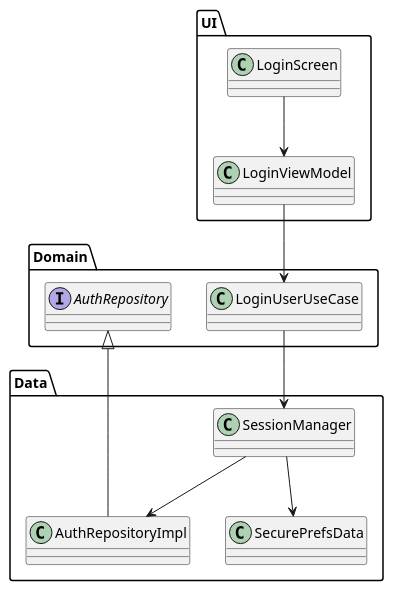
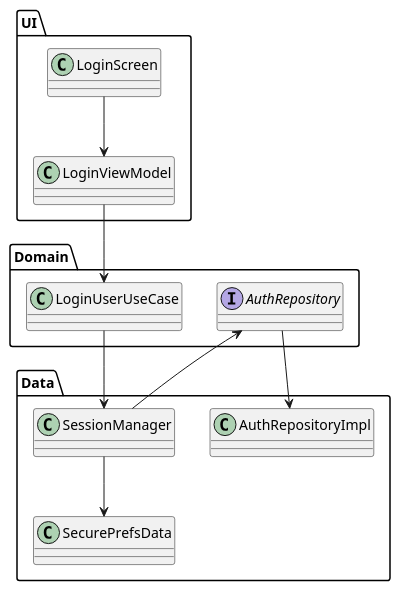
Before and after one commit to DaniAguion/SeaBattle: the diagram in planUML/LoginDiagram.puml, drawn with PlantUML. The commit also changed 7 other files, not shown here.

Commit message:
Changed use of AuthRepository in Session Manager

```diff
--- a/planUML/LoginDiagram.puml
+++ b/planUML/LoginDiagram.puml
@@ -1,26 +1,26 @@
 @startuml
 
 package "Data" {
   class AuthRepositoryImpl
   class SecurePrefsData
   class SessionManager
 }
 
 package "Domain" {
   interface AuthRepository
   class LoginUserUseCase
 }
 
 package "UI" {
   class LoginScreen
   class LoginViewModel
 }
 
 
 LoginScreen --> LoginViewModel
 LoginViewModel --> LoginUserUseCase
 LoginUserUseCase --> SessionManager
 SessionManager --> SecurePrefsData
-SessionManager --> AuthRepositoryImpl
-AuthRepository <|-- AuthRepositoryImpl
+SessionManager --> AuthRepository
+AuthRepository --> AuthRepositoryImpl
 @enduml
```
